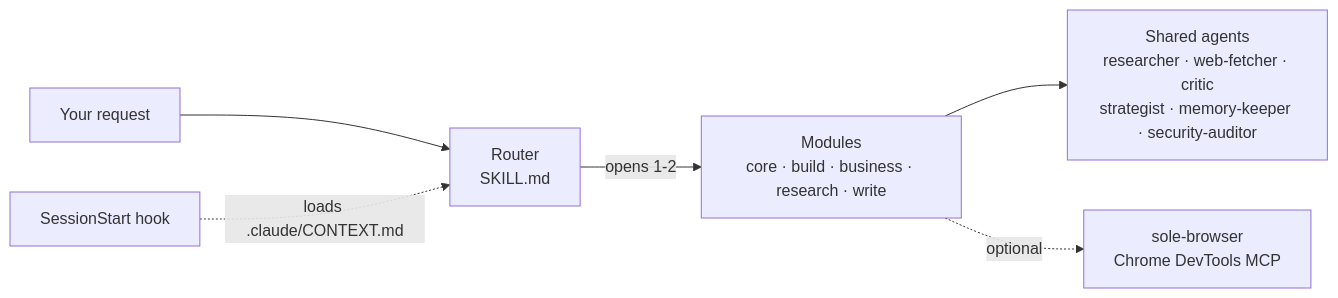
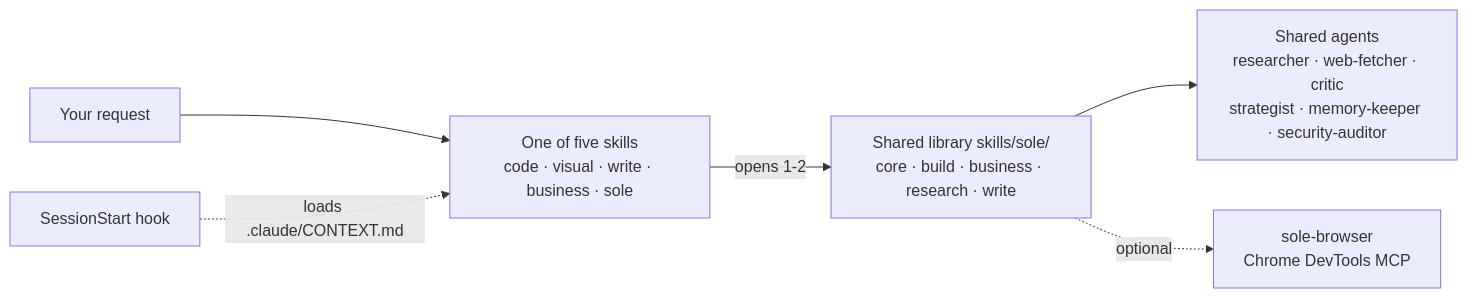
The diagram in README.md (aliinal0/sole-skill), drawn with Mermaid before and after one commit. The commit also changed other lines of this file and 42 other files, not shown here.

First line of the commit message:
Sole 1.1.0: five skills on one library, lazy-senior coding

````diff
--- a/README.md
+++ b/README.md
@@ -103,8 +104,8 @@
 ```mermaid
 flowchart LR
-    R["Your request"] --> S["Router<br/>SKILL.md"]
-    S -->|"opens 1-2"| M["Modules<br/>core · build · business · research · write"]
+    R["Your request"] --> S["One of five skills<br/>code · visual · write · business · sole"]
+    S -->|"opens 1-2"| M["Shared library skills/sole/<br/>core · build · business · research · write"]
     M --> A["Shared agents<br/>researcher · web-fetcher · critic<br/>strategist · memory-keeper · security-auditor"]
     H["SessionStart hook"] -.->|"loads .claude/CONTEXT.md"| S
     M -.->|"optional"| B["sole-browser<br/>Chrome DevTools MCP"]
 ```
````
